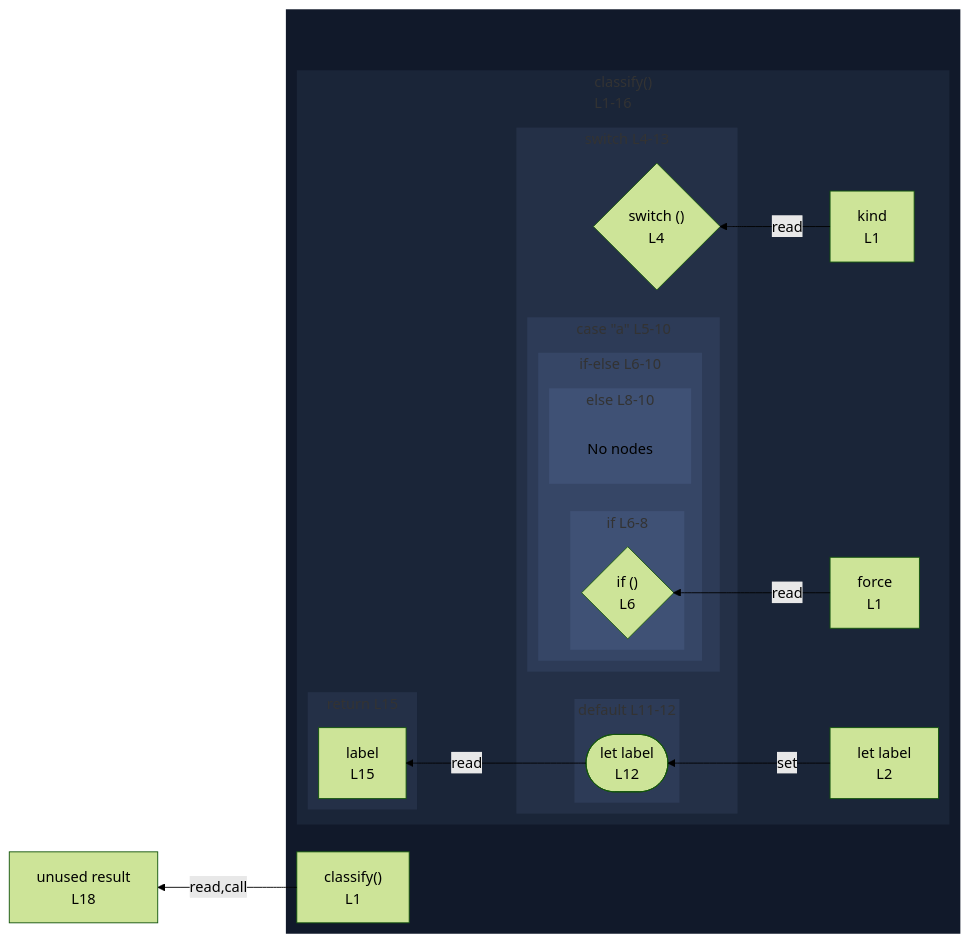
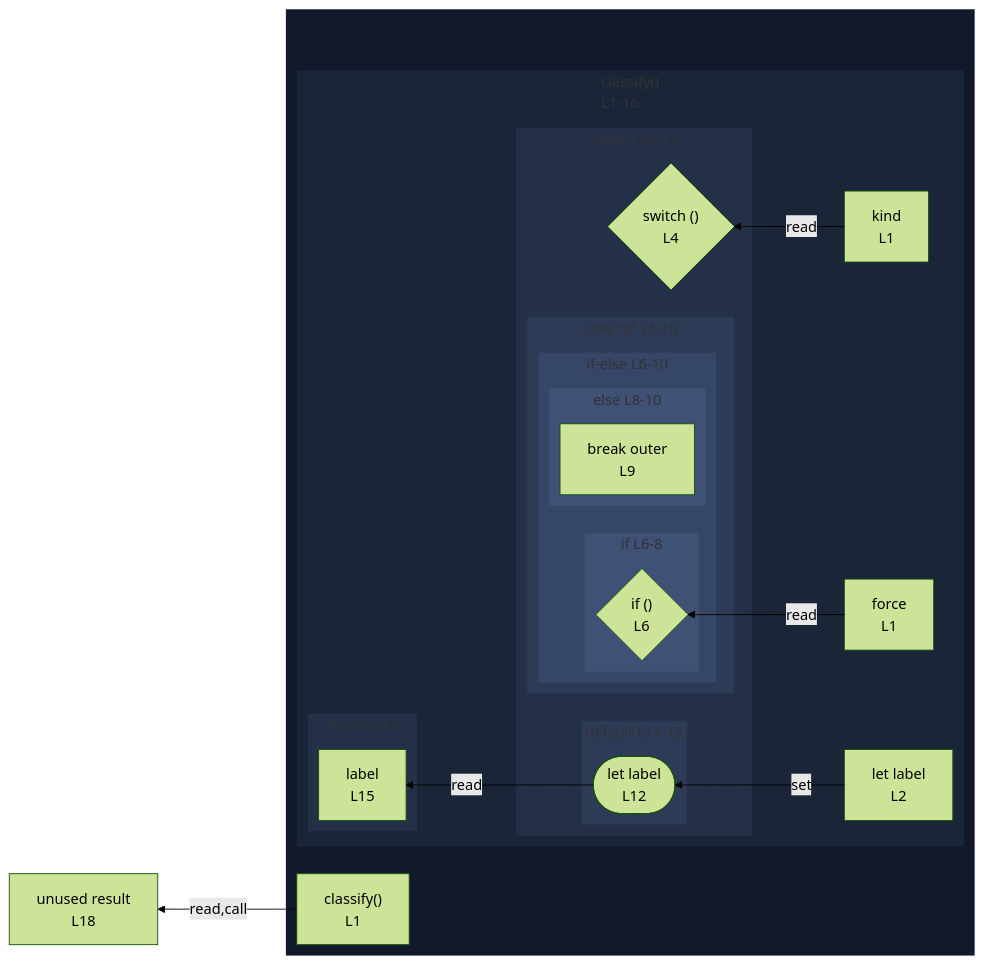
The diagram in integration/fixtures/switch-statement/case-mixed-if-branches-labelled/preview.md (crescware/unsnarl), drawn with Mermaid (forest theme) before and after one commit. The commit also changed 352 other files, not shown here.

````diff
--- a/integration/fixtures/switch-statement/case-mixed-if-branches-labelled/preview.md
+++ b/integration/fixtures/switch-statement/case-mixed-if-branches-labelled/preview.md
@@ -28,63 +28,61 @@
 ```mermaid
 %%{init: {"flowchart": {"defaultRenderer": "elk"}}}%%
 flowchart RL
   n_scope_0_result_268["unused result<br/>L18"]
   subgraph wrap_s_scope_1[" "]
     direction TB
     n_scope_0_classify_9["classify()<br/>L1"]
     subgraph s_scope_1["classify()<br/>L1-16"]
       direction RL
       n_scope_1_kind_18["kind<br/>L1"]
       n_scope_1_force_32["force<br/>L1"]
       n_scope_1_label_56["let label<br/>L2"]
       subgraph s_scope_2["switch L4-13"]
         direction RL
         switch_discriminant_scope_1_78{"switch ()<br/>L4"}
         subgraph s_scope_3["case &quot;a&quot; L5-10"]
           direction RL
           subgraph cont_if_scope_3_114["if-else L6-10"]
             direction RL
             subgraph s_scope_4["if L6-8"]
               direction RL
               if_test_scope_3_114{"if ()<br/>L6"}
             end
             subgraph s_scope_5["else L8-10"]
               direction RL
-              elk_empty_s_scope_5["No nodes"]
+              bc_break_181["break outer<br/>L9"]
             end
           end
         end
         subgraph s_scope_6["default L11-12"]
           direction RL
           wr_ref_3(["let label<br/>L12"])
         end
       end
       subgraph s_return_scope_0_classify_9_245_258["return L15"]
         direction RL
         ret_use_ref_4["label<br/>L15"]
       end
     end
   end
   n_scope_1_label_56 -->|set| wr_ref_3
   n_scope_1_kind_18 -->|read| switch_discriminant_scope_1_78
   n_scope_1_force_32 -->|read| if_test_scope_3_114
   wr_ref_3 -->|read| ret_use_ref_4
   n_scope_0_classify_9 -->|read,call| n_scope_0_result_268
   classDef nestL1 fill:#11192a,stroke:transparent;
   class wrap_s_scope_1 nestL1;
   classDef nestL2 fill:#1a2538,stroke:transparent;
   class s_scope_1 nestL2;
   classDef nestL3 fill:#243047,stroke:transparent;
   class s_scope_2 nestL3;
   class s_return_scope_0_classify_9_245_258 nestL3;
   classDef nestL4 fill:#2d3b57,stroke:transparent;
   class s_scope_3 nestL4;
   class s_scope_6 nestL4;
   classDef nestL5 fill:#364666,stroke:transparent;
   class cont_if_scope_3_114 nestL5;
   classDef nestL6 fill:#3f5175,stroke:transparent;
   class s_scope_4 nestL6;
   class s_scope_5 nestL6;
-  classDef elkEmptyPlaceholder fill:transparent,stroke:transparent;
-  class elk_empty_s_scope_5 elkEmptyPlaceholder;
 ```
````
